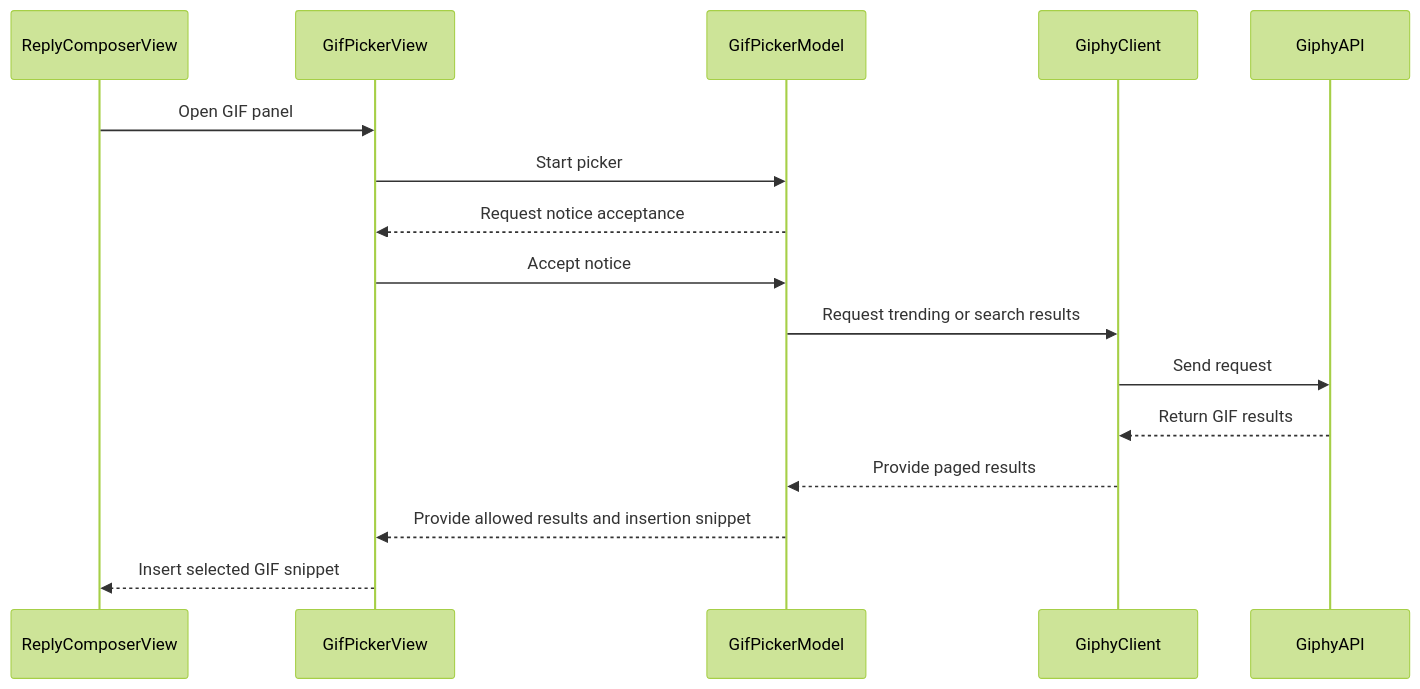
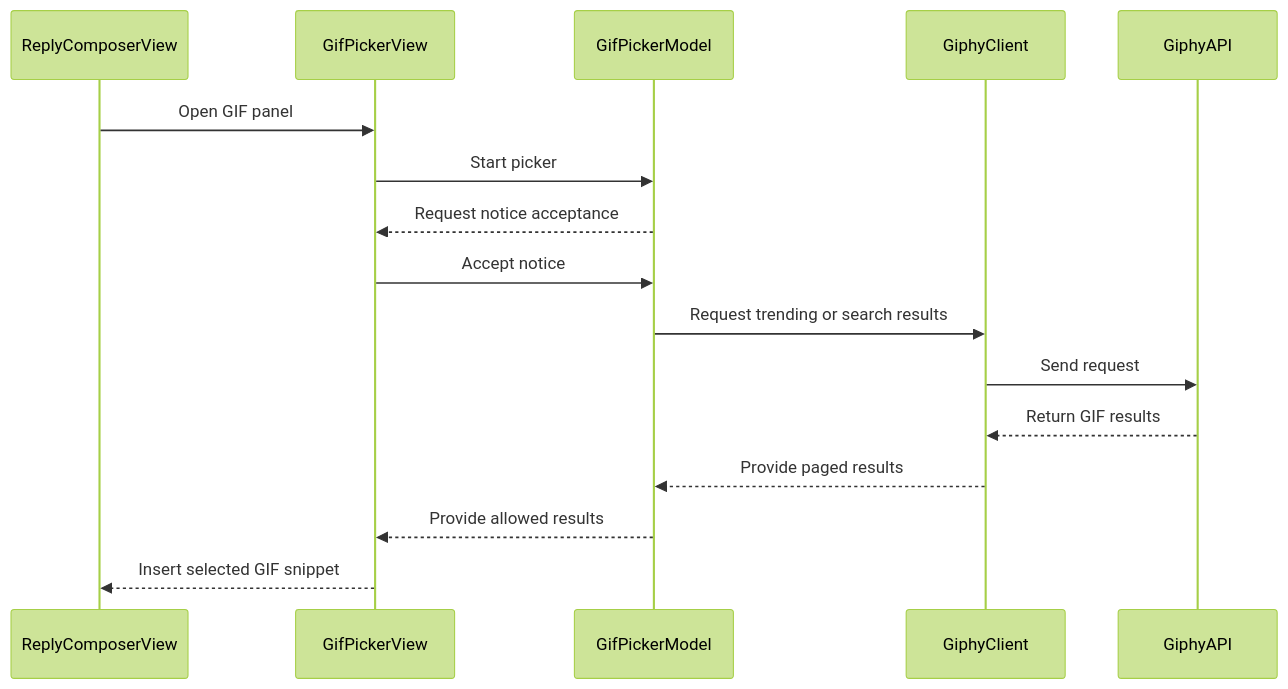
One commit to francoisgn/ios-app_SwiftHFR changed the diagram in pulls/0555.md. Above: the diagram before and after it, drawn with Mermaid (forest theme). The commit also changed other lines of this file and 338 other files, not shown here.

````diff
--- a/pulls/0555.md
+++ b/pulls/0555.md
@@ -83,18 +93,18 @@
 ```mermaid
 sequenceDiagram
   participant ReplyComposerView
   participant GifPickerView
   participant GifPickerModel
   participant GiphyClient
   participant GiphyAPI
   ReplyComposerView->>GifPickerView: Open GIF panel
   GifPickerView->>GifPickerModel: Start picker
   GifPickerModel-->>GifPickerView: Request notice acceptance
   GifPickerView->>GifPickerModel: Accept notice
   GifPickerModel->>GiphyClient: Request trending or search results
   GiphyClient->>GiphyAPI: Send request
   GiphyAPI-->>GiphyClient: Return GIF results
   GiphyClient-->>GifPickerModel: Provide paged results
-  GifPickerModel-->>GifPickerView: Provide allowed results and insertion snippet
+  GifPickerModel-->>GifPickerView: Provide allowed results
   GifPickerView-->>ReplyComposerView: Insert selected GIF snippet
 ```
````
